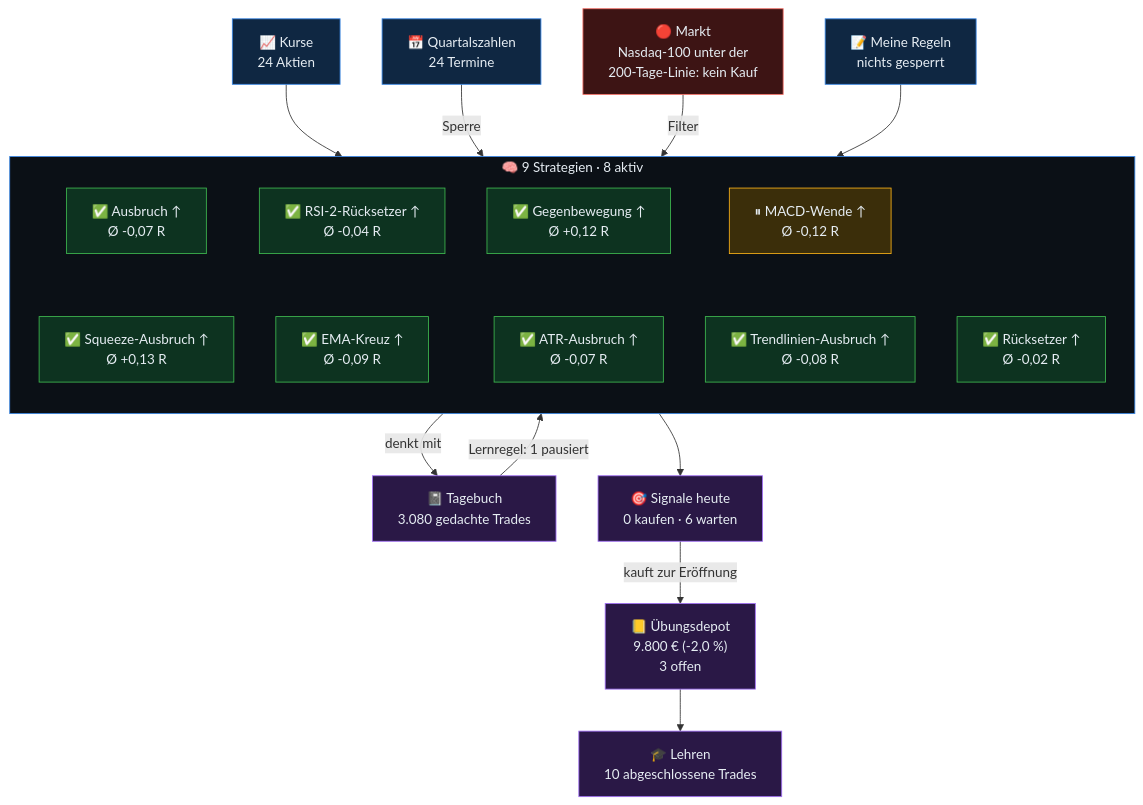
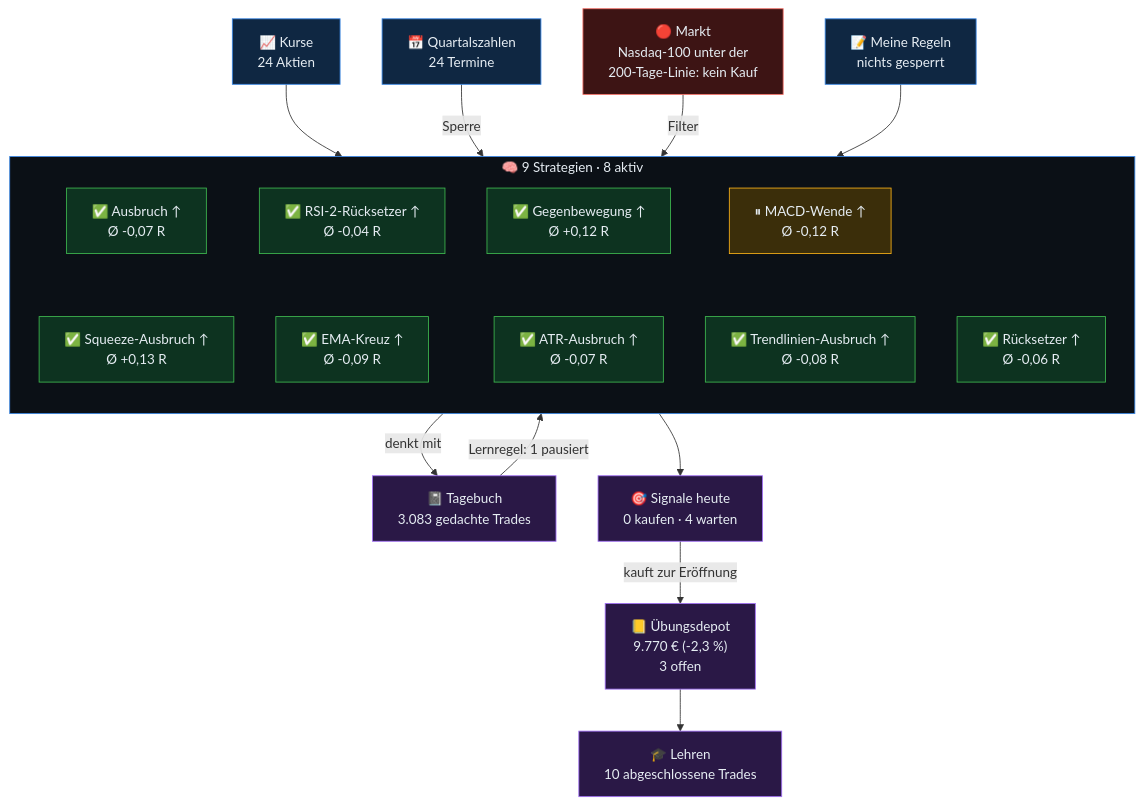
Before and after one commit to sickingmalte-arch/Test-Bot: the diagram in gehirn/Start.md, drawn with Mermaid. The commit also changed other lines of this file and 33 other files, not shown here.

````diff
--- a/gehirn/Start.md
+++ b/gehirn/Start.md
@@ -9,48 +9,48 @@
 ```mermaid
 flowchart TB
   kurse["📈 Kurse<br/>24 Aktien"]
   termine["📅 Quartalszahlen<br/>24 Termine"]
   markt["🔴 Markt<br/>Nasdaq-100 unter der<br/>200-Tage-Linie: kein Kauf"]
   regeln["📝 Meine Regeln<br/>nichts gesperrt"]
   subgraph KERN["🧠 9 Strategien · 8 aktiv"]
     direction TB
     s0["✅ Ausbruch ↑<br/>Ø -0,07 R"]
     s1["✅ RSI-2-Rücksetzer ↑<br/>Ø -0,04 R"]
     s2["✅ Gegenbewegung ↑<br/>Ø +0,12 R"]
     s3["⏸ MACD-Wende ↑<br/>Ø -0,12 R"]
-    s4["✅ Rücksetzer ↑<br/>Ø -0,02 R"]
+    s4["✅ Rücksetzer ↑<br/>Ø -0,06 R"]
     s5["✅ Squeeze-Ausbruch ↑<br/>Ø +0,13 R"]
     s6["✅ EMA-Kreuz ↑<br/>Ø -0,09 R"]
     s7["✅ ATR-Ausbruch ↑<br/>Ø -0,07 R"]
     s8["✅ Trendlinien-Ausbruch ↑<br/>Ø -0,08 R"]
     s0 ~~~ s5
     s1 ~~~ s6
     s2 ~~~ s7
     s3 ~~~ s8
   end
-  tb["📓 Tagebuch<br/>3.080 gedachte Trades"]
-  sig["🎯 Signale heute<br/>0 kaufen · 6 warten"]
-  depot["📒 Übungsdepot<br/>9.800 € (-2,0 %)<br/>3 offen"]
+  tb["📓 Tagebuch<br/>3.083 gedachte Trades"]
+  sig["🎯 Signale heute<br/>0 kaufen · 4 warten"]
+  depot["📒 Übungsdepot<br/>9.770 € (-2,3 %)<br/>3 offen"]
   lehren["🎓 Lehren<br/>10 abgeschlossene Trades"]
   kurse --> KERN
   termine -->|Sperre| KERN
   markt -->|Filter| KERN
   regeln --> KERN
   KERN -->|denkt mit| tb
   tb -->|Lernregel: 1 pausiert| KERN
   KERN --> sig
   sig -->|kauft zur Eröffnung| depot
   depot --> lehren
   classDef ein fill:#0f2742,stroke:#3987e5,color:#e6edf3
   classDef rot fill:#3d1414,stroke:#f47067,color:#e6edf3
   classDef aktiv fill:#0d3320,stroke:#3fb950,color:#e6edf3
   classDef pausiert fill:#3b2e0a,stroke:#fab219,color:#e6edf3
   classDef aus fill:#22272e,stroke:#6e7681,color:#9ba7b4
   classDef aus2 fill:#2a1846,stroke:#a371f7,color:#e6edf3
   class kurse,termine,regeln ein
   class markt rot
   class tb,sig,depot,lehren aus2
   class s0,s1,s2,s4,s5,s6,s7,s8 aktiv
   class s3 pausiert
   style KERN fill:#0b1016,stroke:#3987e5,color:#e6edf3
 ```
````
